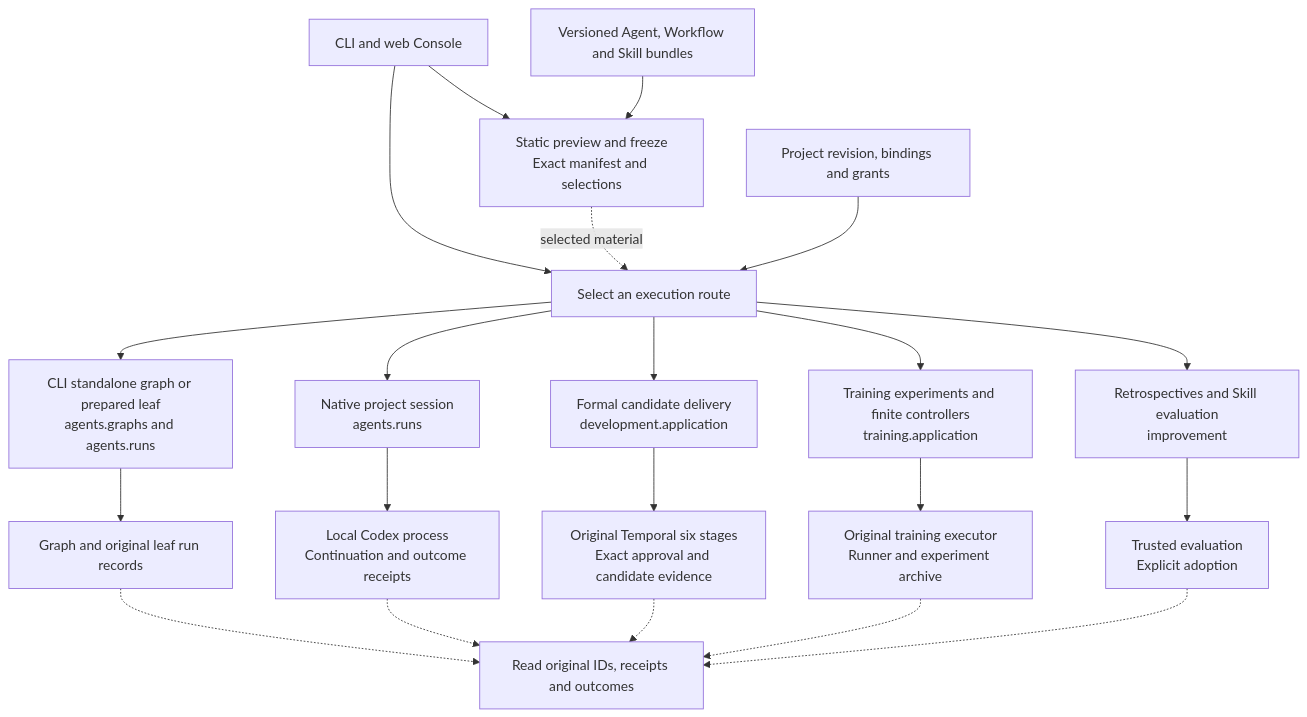
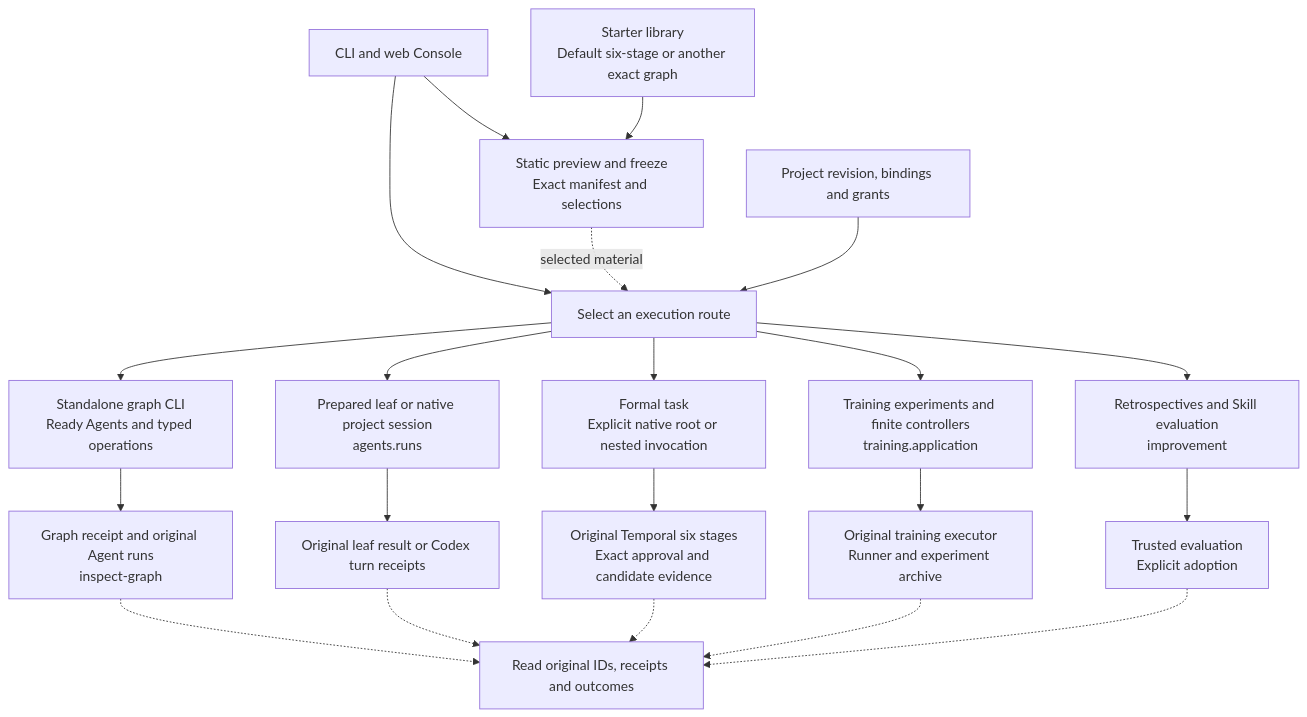
One commit to 626619403/Ergora changed the diagram in docs/architecture/framework-tour.md. Above: the diagram before and after it, drawn with Mermaid. The commit also changed other lines of this file, not shown here.

Commit message:
Update the published execution architecture walkthrough

````diff
--- a/docs/architecture/framework-tour.md
+++ b/docs/architecture/framework-tour.md
@@ -13,26 +13,26 @@
 ```mermaid
 flowchart TB
   Entry["CLI and web Console"] --> Select["Select an execution route"]
   Entry --> Freeze["Static preview and freeze<br/>Exact manifest and selections"]
-  Assets["Versioned Agent, Workflow and Skill bundles"] --> Freeze
+  Assets["Starter library<br/>Default six-stage or another exact graph"] --> Freeze
   Freeze -. "selected material" .-> Select
   Config["Project revision, bindings and grants"] --> Select
 
-  Select --> Graph["CLI standalone graph or prepared leaf<br/>agents.graphs and agents.runs"]
-  Select --> Session["Native project session<br/>agents.runs"]
-  Select --> Dev["Formal candidate delivery<br/>development.application"]
+  Select --> Graph["Standalone graph CLI<br/>Ready Agents and typed operations"]
+  Select --> Session["Prepared leaf or native project session<br/>agents.runs"]
+  Select --> Dev["Formal task<br/>Explicit native root or nested invocation"]
   Select --> Train["Training experiments and finite controllers<br/>training.application"]
   Select --> Improve["Retrospectives and Skill evaluation<br/>improvement"]
 
-  Graph --> Leaf["Graph and original leaf run records"]
-  Session --> Turn["Local Codex process<br/>Continuation and outcome receipts"]
+  Graph --> GraphProof["Graph receipt and original Agent runs<br/>inspect-graph"]
+  Session --> Turn["Original leaf result or Codex turn receipts"]
   Dev --> Six["Original Temporal six stages<br/>Exact approval and candidate evidence"]
   Train --> Runner["Original training executor<br/>Runner and experiment archive"]
   Improve --> Eval["Trusted evaluation<br/>Explicit adoption"]
 
-  Leaf -.-> Recover["Read original IDs, receipts and outcomes"]
+  GraphProof -.-> Recover["Read original IDs, receipts and outcomes"]
   Turn -.-> Recover
   Six -.-> Recover
   Runner -.-> Recover
   Eval -.-> Recover
 ```
````
